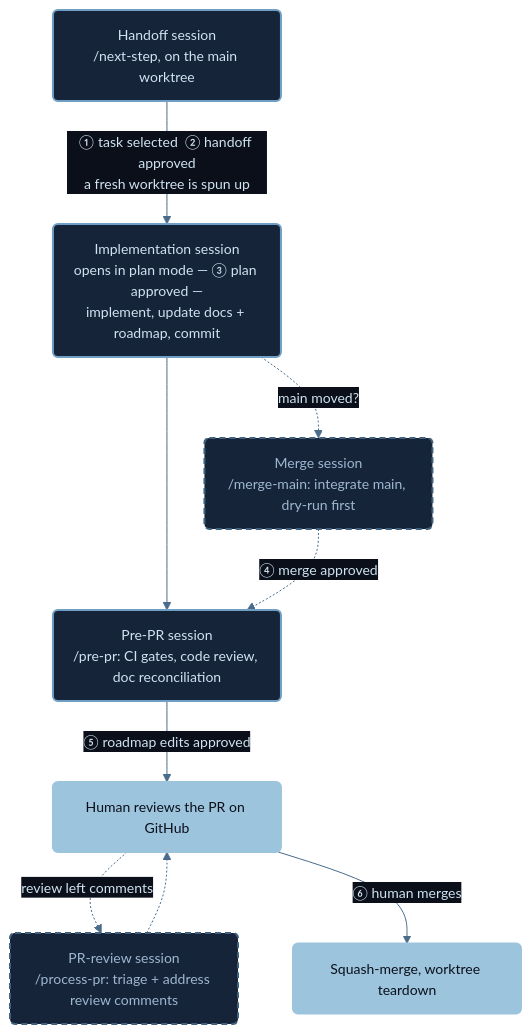
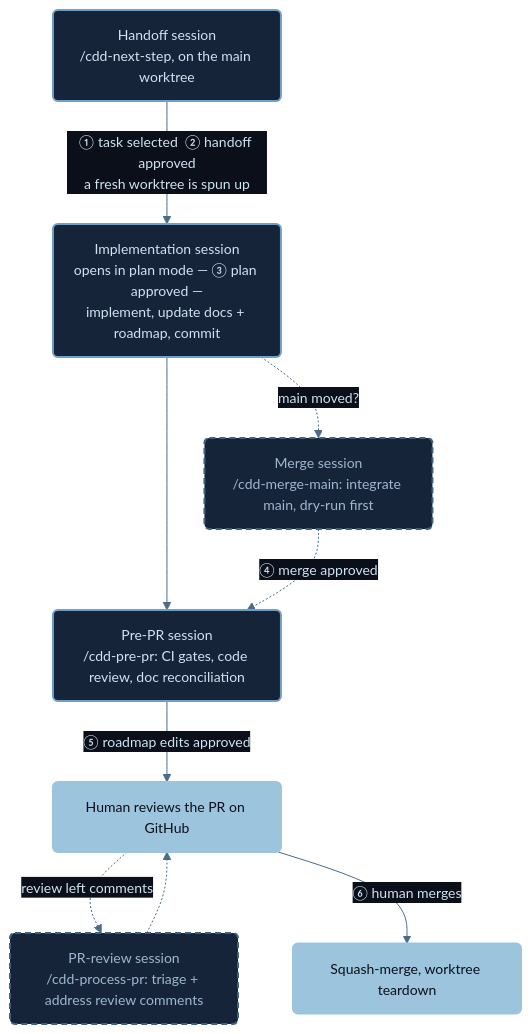
Before and after one commit to drabaioli/cdd: the first of 2 diagrams in README.md, drawn with Mermaid. The commit also changed other lines of this file and 37 other files, not shown here.

````diff
--- a/README.md
+++ b/README.md
@@ -16,24 +16,24 @@
 ```mermaid
 %%{init: {'theme':'base', 'themeVariables': {'background':'#0a0f1a', 'primaryColor':'#16243a', 'primaryTextColor':'#cfe3f0', 'primaryBorderColor':'#6f9fc4', 'lineColor':'#4a6c8c', 'textColor':'#b9d2e6', 'edgeLabelBackground':'#0a0f1a', 'fontFamily':'Poppins, Verdana, Helvetica, Arial, sans-serif', 'fontSize':'14px'}, 'flowchart': {'curve':'basis', 'padding':14, 'nodeSpacing':55, 'rankSpacing':60}}}%%
 flowchart TD
-    NS("Handoff session<br>/next-step, on the main worktree"):::agent
+    NS("Handoff session<br>/cdd-next-step, on the main worktree"):::agent
     IMPL("Implementation session<br>opens in plan mode — ③ plan approved —<br>implement, update docs + roadmap, commit"):::agent
-    MM("Merge session<br>/merge-main: integrate main, dry-run first"):::opt
-    PP("Pre-PR session<br>/pre-pr: CI gates, code review, doc reconciliation"):::agent
+    MM("Merge session<br>/cdd-merge-main: integrate main, dry-run first"):::opt
+    PP("Pre-PR session<br>/cdd-pre-pr: CI gates, code review, doc reconciliation"):::agent
     REV("Human reviews the PR on GitHub"):::human
-    PPR("PR-review session<br>/process-pr: triage + address review comments"):::opt
+    PPR("PR-review session<br>/cdd-process-pr: triage + address review comments"):::opt
     DONE("Squash-merge, worktree teardown"):::human
 
     NS -->|"  ① task selected  ② handoff approved<br>a fresh worktree is spun up  "| IMPL
     IMPL --> PP
     IMPL -.->|"  main moved?  "| MM
     MM -.->|"  ④ merge approved  "| PP
     PP -->|"  ⑤ roadmap edits approved  "| REV
     REV -.->|"  review left comments  "| PPR
     PPR -.-> REV
     REV -->|"  ⑥ human merges  "| DONE
 
     classDef agent fill:#16243a,stroke:#6f9fc4,color:#cfe3f0,stroke-width:2px
     classDef opt fill:#16243a,stroke:#41617f,color:#9db8cf,stroke-width:2px,stroke-dasharray: 6 4
     classDef human fill:#9cc4dd,stroke:#9cc4dd,color:#0a0f1a,stroke-width:2px
 ```
````
